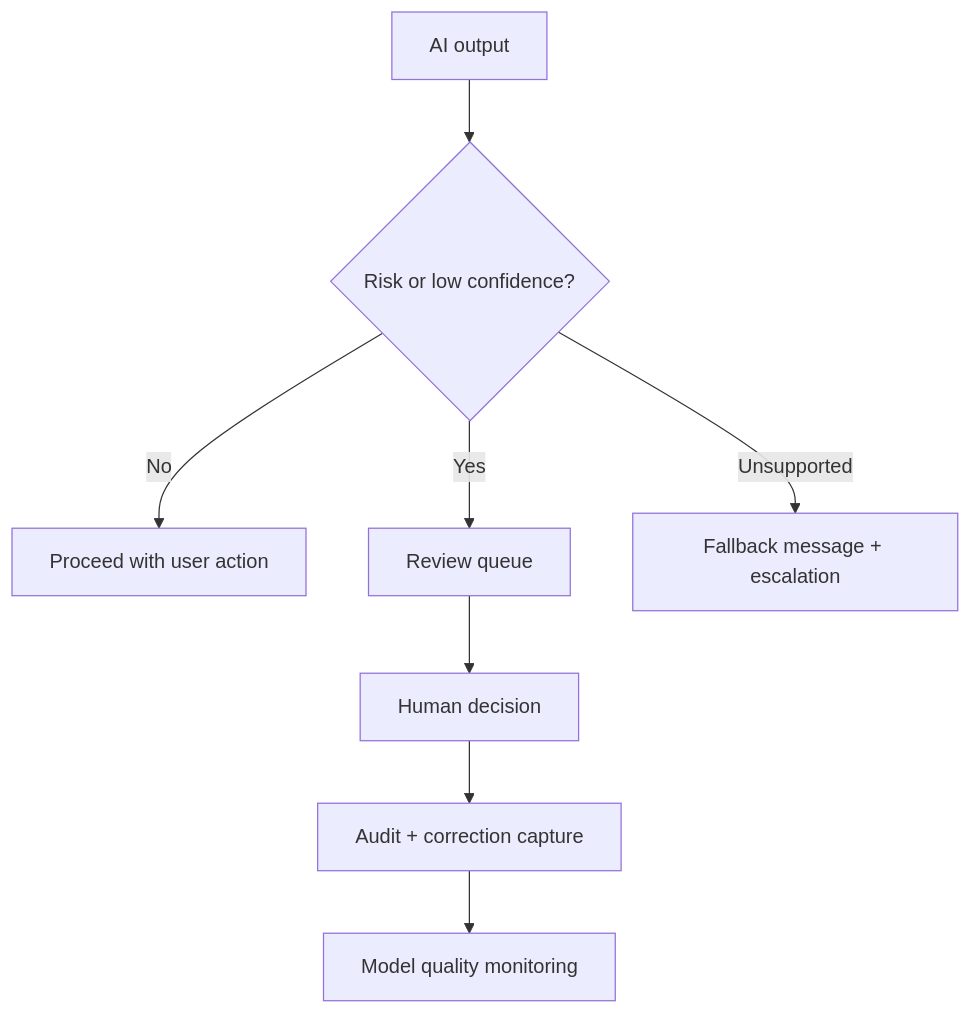
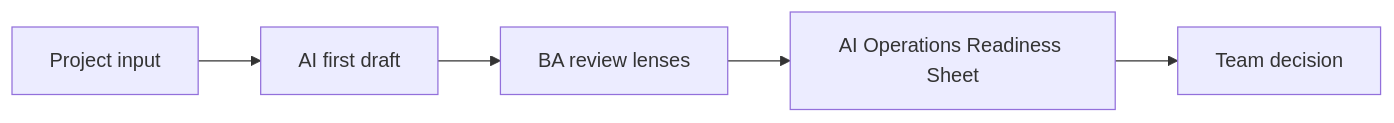
Before and after one commit to anhtnt90dev/ai-for-ba: the first of 2 diagrams in docs/en/lessons/human-in-the-loop-monitoring-and-fallback/index.md, drawn with Mermaid. The commit also changed other lines of this file and 40 other files, not shown here.

````diff
--- a/docs/en/lessons/human-in-the-loop-monitoring-and-fallback/index.md
+++ b/docs/en/lessons/human-in-the-loop-monitoring-and-fallback/index.md
@@ -68,10 +84,12 @@
 ```mermaid
-flowchart TD
-    A["AI output"] --> B{"Risk or low confidence?"}
-    B -->|No| C["Proceed with user action"]
-    B -->|Yes| D["Review queue"]
-    D --> E["Human decision"]
-    E --> F["Audit + correction capture"]
-    F --> G["Model quality monitoring"]
-    B -->|Unsupported| H["Fallback message + escalation"]
+flowchart LR
+    A["Project input"]
+    B["AI first draft"]
+    A --> B
+    C["BA review lenses"]
+    B --> C
+    D["AI Operations Readiness Sheet"]
+    C --> D
+    E["Team decision"]
+    D --> E
 ```
````
